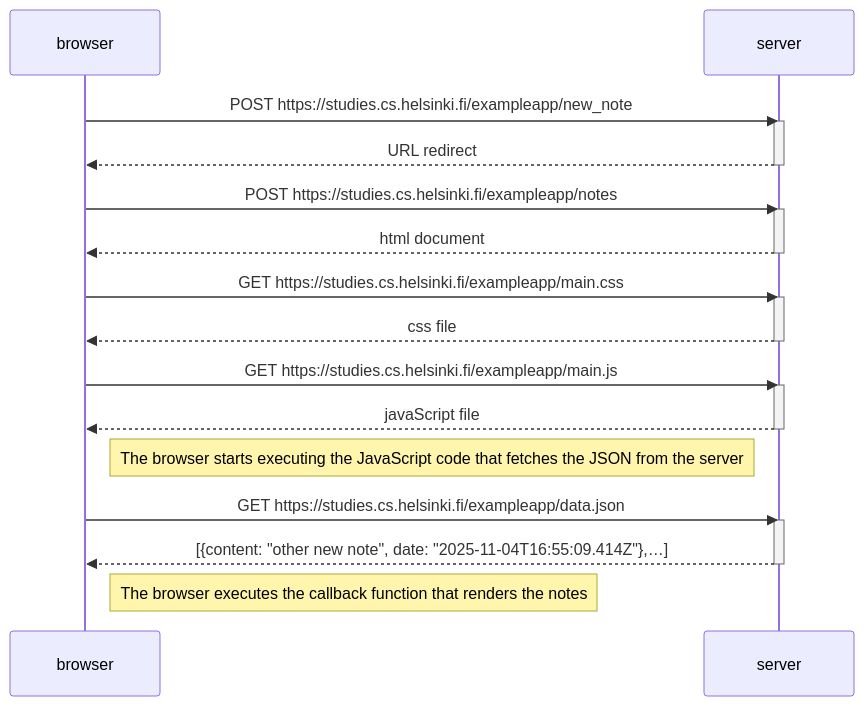
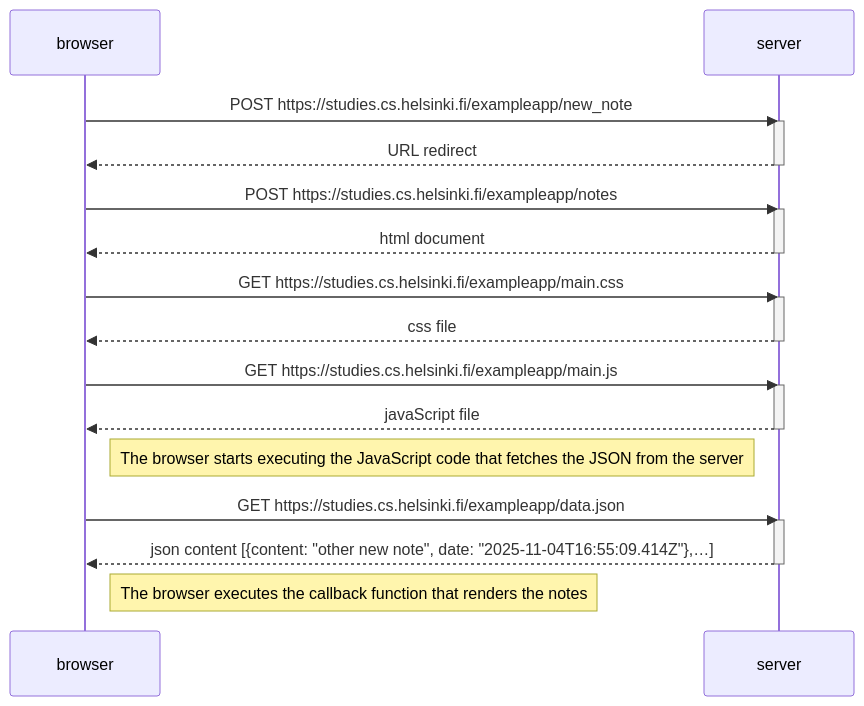
Before and after one commit to filippivarci/fullstackopen: the diagram in part0/04_new_note_diagram.md, drawn with Mermaid.

Commit message:
add comment

````diff
--- a/part0/04_new_note_diagram.md
+++ b/part0/04_new_note_diagram.md
@@ -1,34 +1,34 @@
 ```mermaid
 sequenceDiagram
     participant browser
     participant server
 
     browser->>server: POST https://studies.cs.helsinki.fi/exampleapp/new_note
     activate server
     server-->>browser: URL redirect
     deactivate server
 
     browser->>server: POST https://studies.cs.helsinki.fi/exampleapp/notes
     activate server
     server-->>browser: html document
     deactivate server
 
     browser->>server: GET https://studies.cs.helsinki.fi/exampleapp/main.css
     activate server
     server-->>browser: css file
     deactivate server
 
     browser->>server: GET https://studies.cs.helsinki.fi/exampleapp/main.js
     activate server
     server-->>browser: javaScript file
     deactivate server
 
     Note right of browser: The browser starts executing the JavaScript code that fetches the JSON from the server
 
     browser->>server: GET https://studies.cs.helsinki.fi/exampleapp/data.json
     activate server
-    server-->>browser: [{content: "other new note", date: "2025-11-04T16:55:09.414Z"},…]
+    server-->>browser: json content [{content: "other new note", date: "2025-11-04T16:55:09.414Z"},…]
     deactivate server
 
     Note right of browser: The browser executes the callback function that renders the notes
 ```
````
